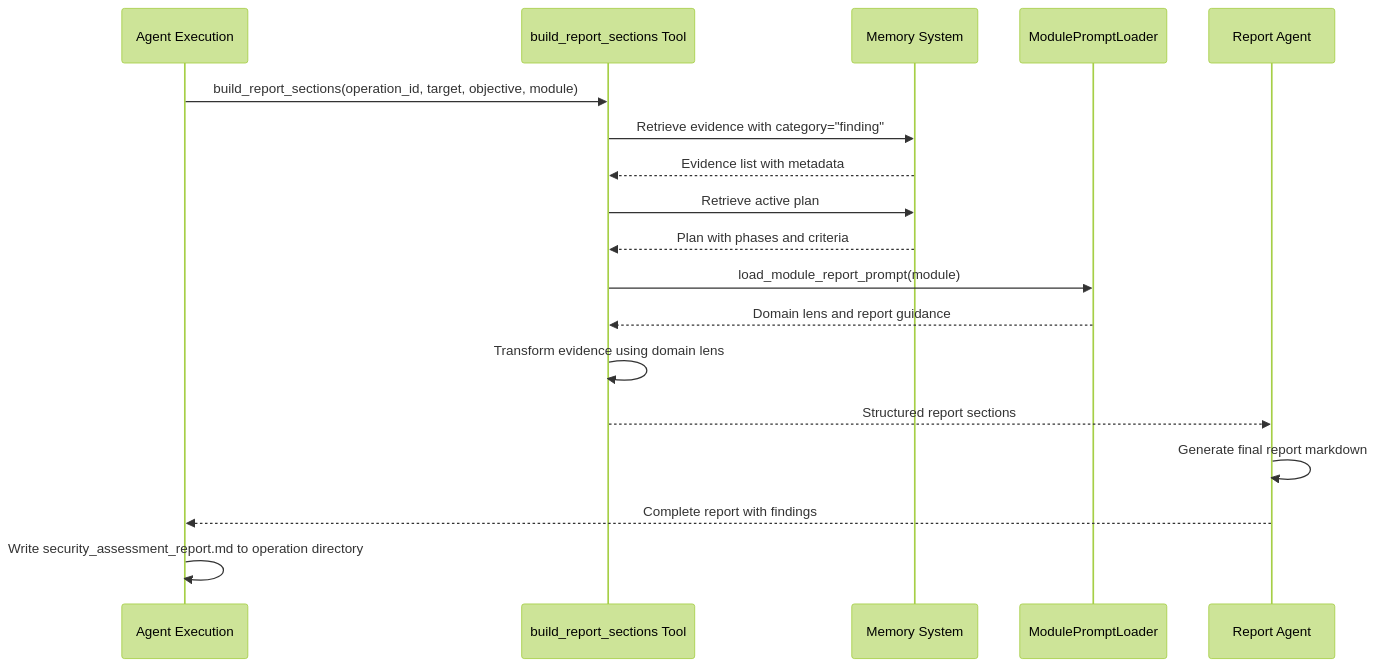
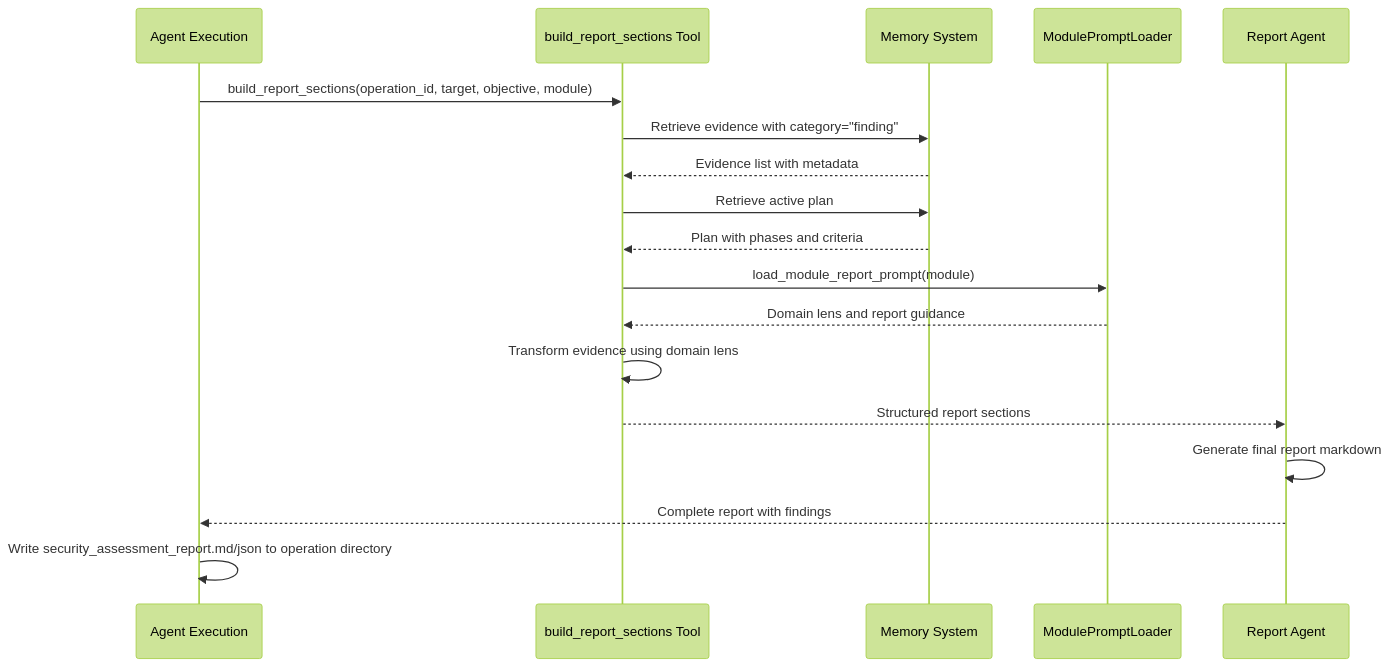
One commit to double16/Cyber-AutoAgent-ng changed the fifth of 5 diagrams in docs/prompt_management.md. Above: the diagram before and after it, drawn with Mermaid (forest theme). The commit also changed other lines of this file and 35 other files, not shown here.

First line of the commit message:
Continue operation and re-generate report (#73)

````diff
--- a/docs/prompt_management.md
+++ b/docs/prompt_management.md
@@ -280,21 +279,21 @@
 ```mermaid
 sequenceDiagram
     participant E as Agent Execution
     participant T as build_report_sections Tool
     participant M as Memory System
     participant L as ModulePromptLoader
     participant A as Report Agent
 
     E->>T: build_report_sections(operation_id, target, objective, module)
     T->>M: Retrieve evidence with category="finding"
     M-->>T: Evidence list with metadata
     T->>M: Retrieve active plan
     M-->>T: Plan with phases and criteria
     T->>L: load_module_report_prompt(module)
     L-->>T: Domain lens and report guidance
     T->>T: Transform evidence using domain lens
     T-->>A: Structured report sections
     A->>A: Generate final report markdown
     A-->>E: Complete report with findings
-    E->>E: Write security_assessment_report.md to operation directory
+    E->>E: Write security_assessment_report.md/json to operation directory
 ```
````
